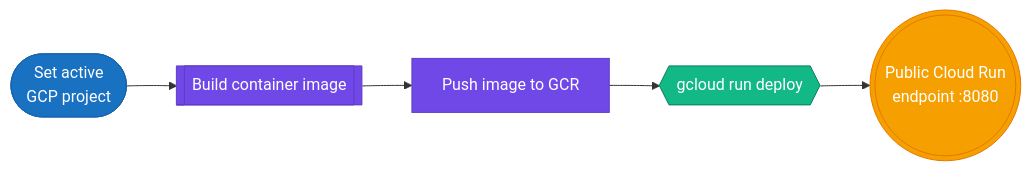
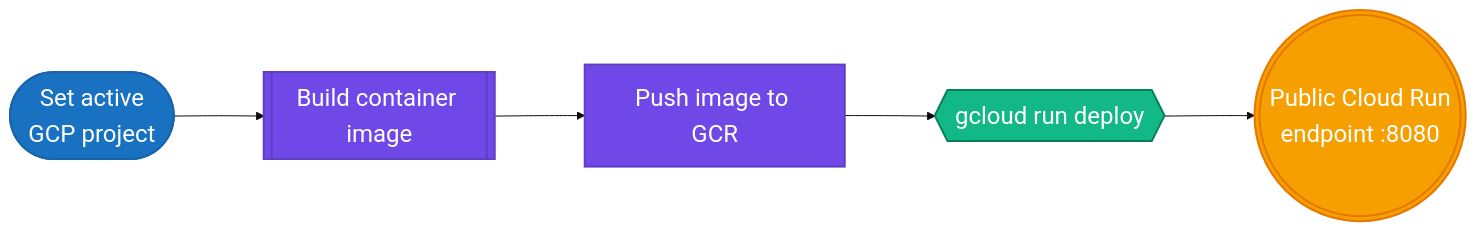
Before and after one commit to sehgalnamit/udp2-living-risk-engine: the diagram in docs/gcp-deployment.md, drawn with Mermaid. The commit also changed 7 other files, not shown here.

Commit message:
Increase Mermaid diagram font size and disable max-width for better visibility

````diff
--- a/docs/gcp-deployment.md
+++ b/docs/gcp-deployment.md
@@ -7,12 +7,13 @@
 ```mermaid
+%%{init: {'theme': 'base', 'themeVariables': {'fontSize': '24px'}, 'flowchart': {'useMaxWidth': false, 'nodeSpacing': 70, 'rankSpacing': 90}}}%%
 flowchart LR
-    classDef infra fill:#1971C2,color:#fff,stroke:#1864AB,stroke-width:1px;
-    classDef build fill:#7048E8,color:#fff,stroke:#5F3DC4,stroke-width:1px;
-    classDef deploy fill:#12B886,color:#fff,stroke:#087F5B,stroke-width:1px;
-    classDef live fill:#F59F00,color:#fff,stroke:#E67700,stroke-width:1px;
+    classDef infra fill:#1971C2,color:#fff,stroke:#1864AB,stroke-width:2px;
+    classDef build fill:#7048E8,color:#fff,stroke:#5F3DC4,stroke-width:2px;
+    classDef deploy fill:#12B886,color:#fff,stroke:#087F5B,stroke-width:2px;
+    classDef live fill:#F59F00,color:#fff,stroke:#E67700,stroke-width:2px;
 
     A([Set active\nGCP project]):::infra --> B[[Build container image]]:::build
     B --> C[Push image to GCR]:::build
     C --> D{{gcloud run deploy}}:::deploy
     D --> E(((Public Cloud Run\nendpoint :8080))):::live
 ```
````
